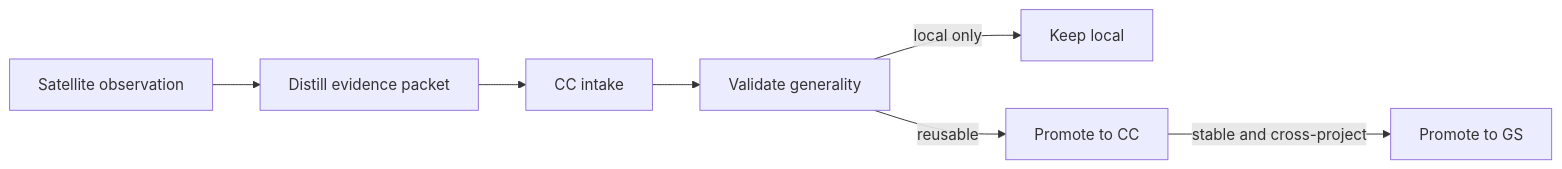
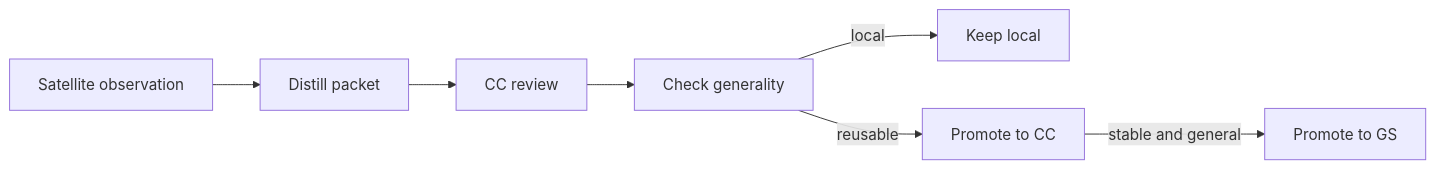
Before and after one commit to lcasarin-maker/RED-Python: the diagram in docs/learning/SATELLITE_LEARNING_FLOW.md, drawn with Mermaid. The commit also changed other lines of this file and 3 other files, not shown here.

````diff
--- a/docs/learning/SATELLITE_LEARNING_FLOW.md
+++ b/docs/learning/SATELLITE_LEARNING_FLOW.md
@@ -42,9 +33,9 @@
 ```mermaid
 flowchart LR
-  S[Satellite observation] --> D[Distill evidence packet]
-  D --> C[CC intake]
-  C --> V[Validate generality]
-  V -->|local only| L[Keep local]
+  S[Satellite observation] --> D[Distill packet]
+  D --> C[CC review]
+  C --> V[Check generality]
+  V -->|local| L[Keep local]
   V -->|reusable| P[Promote to CC]
-  P -->|stable and cross-project| G[Promote to GS]
+  P -->|stable and general| G[Promote to GS]
 ```
````
